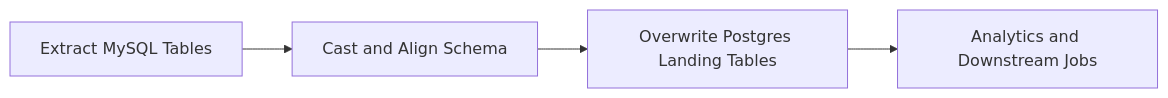
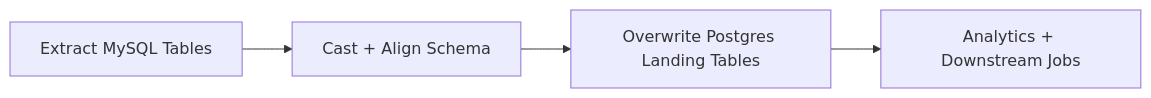
One commit to paulchen8206/Full-Stack-Modern-Data-Architecture-and-Engineering changed the second of 2 diagrams in process-apps/mdm-rds-pg/readme.md. Above: the diagram before and after it, drawn with Mermaid. The commit also changed 18 other files, not shown here.

````diff
--- a/process-apps/mdm-rds-pg/readme.md
+++ b/process-apps/mdm-rds-pg/readme.md
@@ -34,6 +34,6 @@
 ```mermaid
 flowchart LR
-   EXTRACT[Extract MySQL Tables] --> TRANSFORM[Cast and Align Schema]
+   EXTRACT[Extract MySQL Tables] --> TRANSFORM[Cast + Align Schema]
    TRANSFORM --> LOAD[Overwrite Postgres Landing Tables]
-   LOAD --> CONSUME[Analytics and Downstream Jobs]
+   LOAD --> CONSUME[Analytics + Downstream Jobs]
 ```
````
